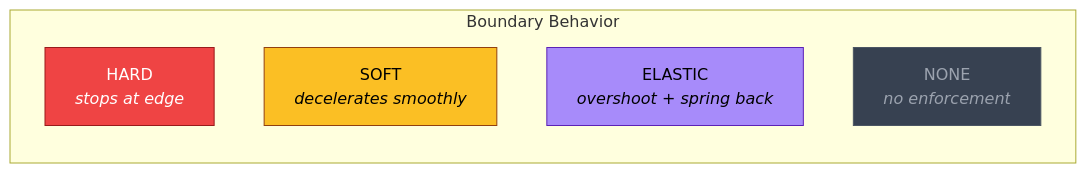
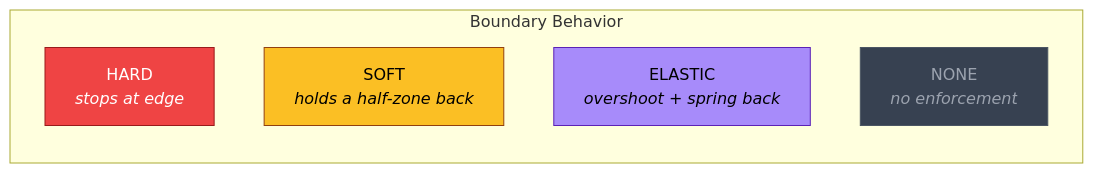
The eighth of 9 diagrams in README.md (PeshoVurtoleta/lite-camera-pro), drawn with Mermaid before and after one commit. The commit also changed other lines of this file and 33 other files, not shown here.

````diff
--- a/README.md
+++ b/README.md
@@ -510,14 +533,14 @@
 ```mermaid
 graph LR
     subgraph "Boundary Behavior"
         H["HARD<br/><i>stops at edge</i>"]
-        S["SOFT<br/><i>decelerates smoothly</i>"]
+        S["SOFT<br/><i>holds a half-zone back</i>"]
         E["ELASTIC<br/><i>overshoot + spring back</i>"]
         N["NONE<br/><i>no enforcement</i>"]
     end
 
     style H fill:#ef4444,stroke:#991b1b,color:#fff
     style S fill:#fbbf24,stroke:#92400e,color:#000
     style E fill:#a78bfa,stroke:#5b21b6,color:#000
     style N fill:#374151,stroke:#4b5563,color:#9ca3af
 ```
````
